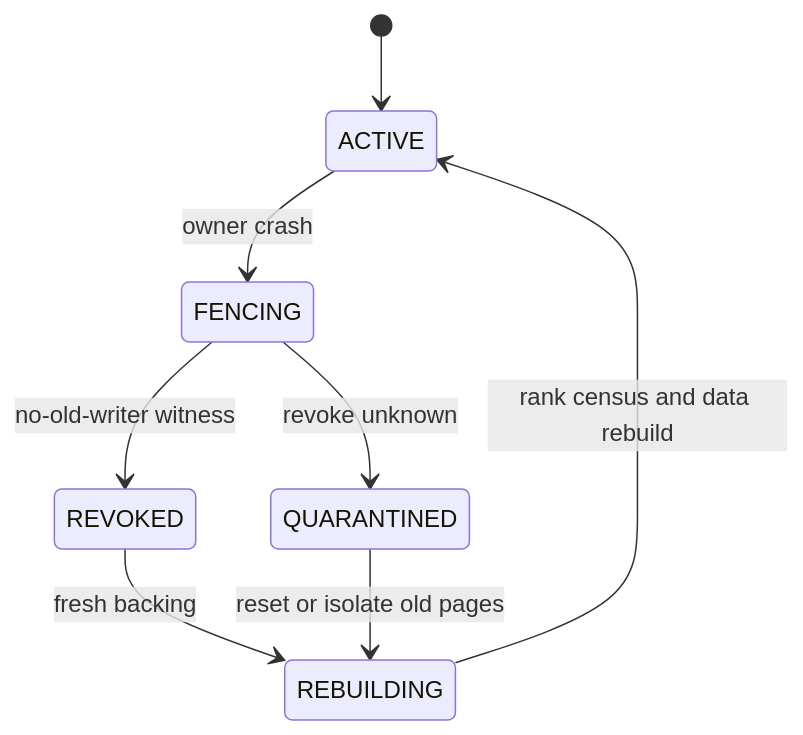
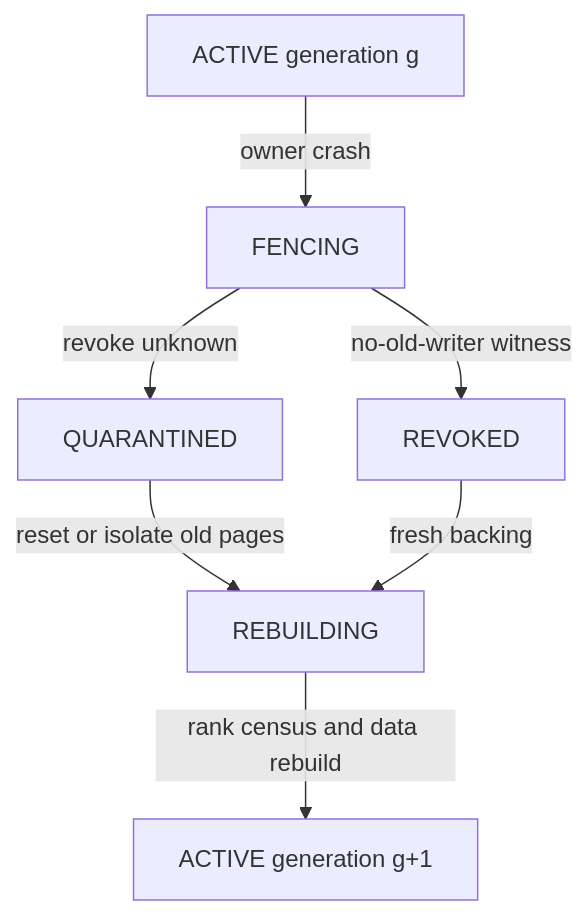
One commit to zhanghanleo10/zhanghanleo10.github.io changed the second of 2 diagrams in _posts/2026-11-06-vllm-mirror-generation-registration-revoke-rebuild-census.md. Above: the diagram before and after it, drawn with Mermaid.

Commit message:
docs(vllm): add daily learning note 2026-11-06

````diff
--- a/_posts/2026-11-06-vllm-mirror-generation-registration-revoke-rebuild-census.md
+++ b/_posts/2026-11-06-vllm-mirror-generation-registration-revoke-rebuild-census.md
@@ -88,10 +88,9 @@
 ```mermaid
-stateDiagram-v2
-    [*] --> ACTIVE
-    ACTIVE --> FENCING: owner crash
-    FENCING --> QUARANTINED: revoke unknown
-    FENCING --> REVOKED: no-old-writer witness
-    REVOKED --> REBUILDING: fresh backing
-    QUARANTINED --> REBUILDING: reset or isolate old pages
-    REBUILDING --> ACTIVE: rank census and data rebuild
+flowchart TD
+    A["ACTIVE generation g"] -->|"owner crash"| F["FENCING"]
+    F -->|"revoke unknown"| Q["QUARANTINED"]
+    F -->|"no-old-writer witness"| R["REVOKED"]
+    Q -->|"reset or isolate old pages"| B["REBUILDING"]
+    R -->|"fresh backing"| B
+    B -->|"rank census and data rebuild"| N["ACTIVE generation g+1"]
 ```
````
